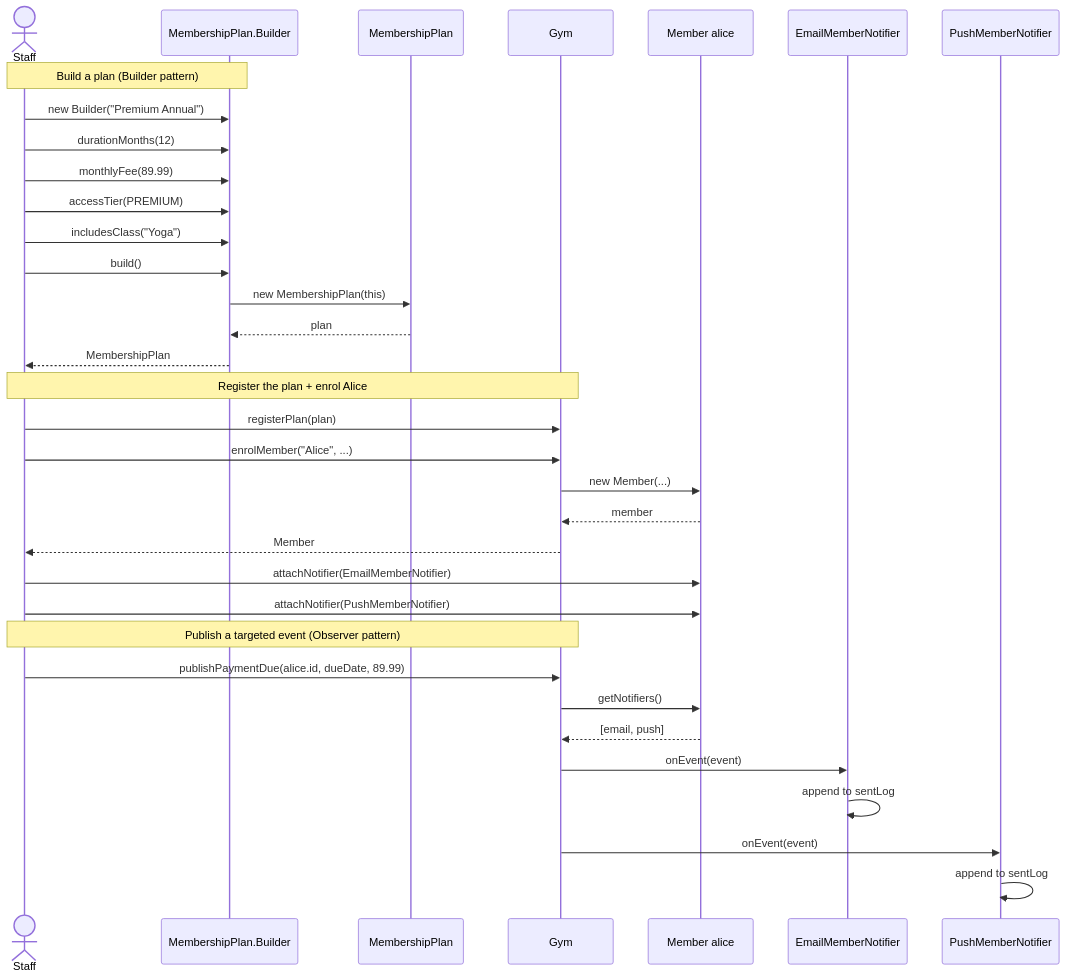
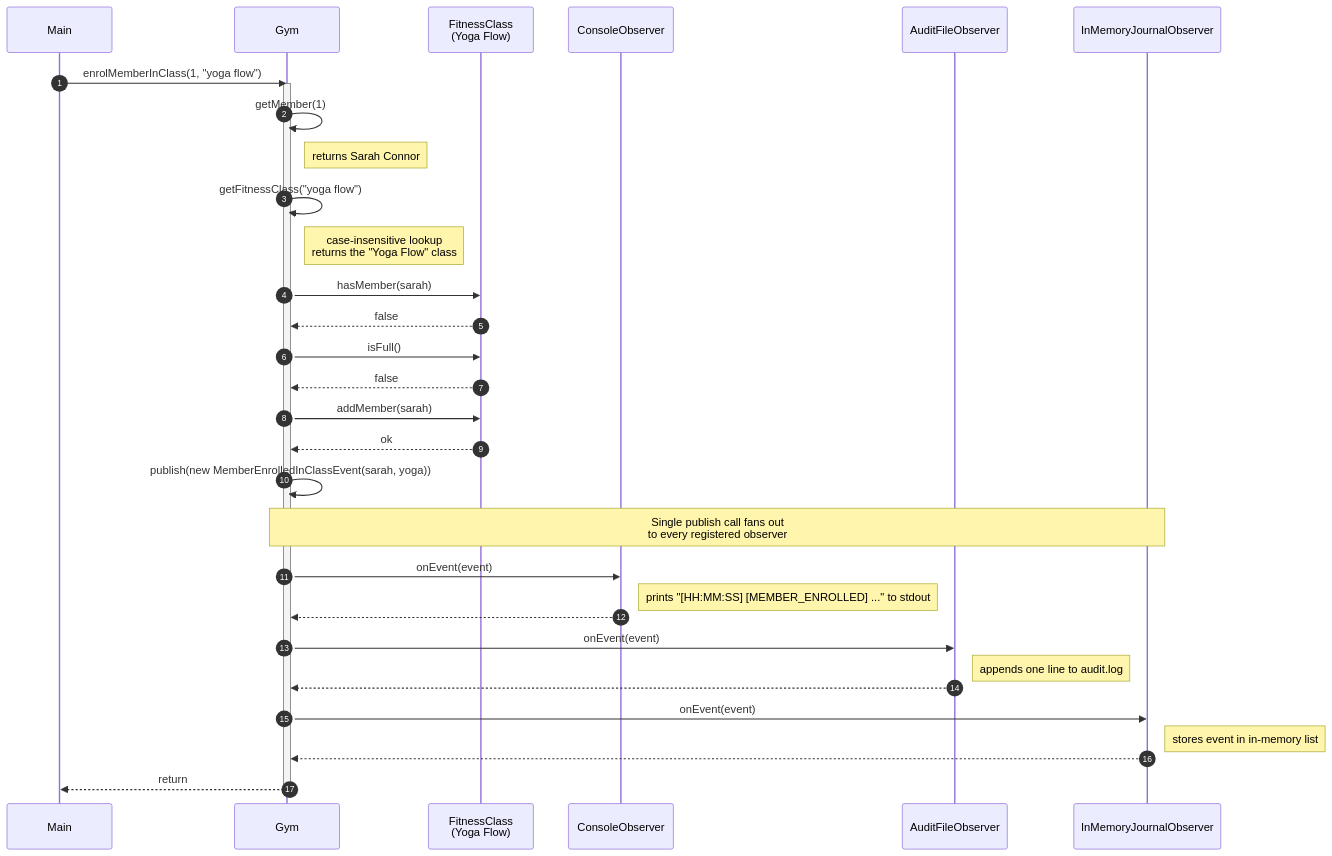
One commit to hoop-ai/gym-membership-management-system changed the diagram in docs/uml/sequence/sequence-diagram.md. Above: the diagram before and after it, drawn with Mermaid. The commit also changed other lines of this file and 13 other files, not shown here.

First line of the commit message:
Rewrite docs + presentation for the Builder/Observer focus

````diff
--- a/docs/uml/sequence/sequence-diagram.md
+++ b/docs/uml/sequence/sequence-diagram.md
@@ -7,43 +19,46 @@
 ```mermaid
 sequenceDiagram
-    actor Staff
-    participant Builder as MembershipPlan.Builder
-    participant Plan as MembershipPlan
+    autonumber
+    participant Main
     participant Gym
-    participant Alice as Member alice
-    participant Email as EmailMemberNotifier
-    participant Push as PushMemberNotifier
+    participant Yoga as FitnessClass<br/>(Yoga Flow)
+    participant Console as ConsoleObserver
+    participant Audit as AuditFileObserver
+    participant Journal as InMemoryJournalObserver
 
-    Note over Staff,Builder: Build a plan (Builder pattern)
+    Main->>Gym: enrolMemberInClass(1, "yoga flow")
+    activate Gym
 
-    Staff->>Builder: new Builder("Premium Annual")
-    Staff->>Builder: durationMonths(12)
-    Staff->>Builder: monthlyFee(89.99)
-    Staff->>Builder: accessTier(PREMIUM)
-    Staff->>Builder: includesClass("Yoga")
-    Staff->>Builder: build()
-    Builder->>Plan: new MembershipPlan(this)
-    Plan-->>Builder: plan
-    Builder-->>Staff: MembershipPlan
+    Gym->>Gym: getMember(1)
+    Note right of Gym: returns Sarah Connor
 
-    Note over Staff,Gym: Register the plan + enrol Alice
+    Gym->>Gym: getFitnessClass("yoga flow")
+    Note right of Gym: case-insensitive lookup<br/>returns the "Yoga Flow" class
 
-    Staff->>Gym: registerPlan(plan)
-    Staff->>Gym: enrolMember("Alice", ...)
-    Gym->>Alice: new Member(...)
-    Alice-->>Gym: member
-    Gym-->>Staff: Member
+    Gym->>Yoga: hasMember(sarah)
+    Yoga-->>Gym: false
 
-    Staff->>Alice: attachNotifier(EmailMemberNotifier)
-    Staff->>Alice: attachNotifier(PushMemberNotifier)
+    Gym->>Yoga: isFull()
+    Yoga-->>Gym: false
 
-    Note over Staff,Gym: Publish a targeted event (Observer pattern)
+    Gym->>Yoga: addMember(sarah)
+    Yoga-->>Gym: ok
 
-    Staff->>Gym: publishPaymentDue(alice.id, dueDate, 89.99)
-    Gym->>Alice: getNotifiers()
-    Alice-->>Gym: [email, push]
-    Gym->>Email: onEvent(event)
-    Email->>Email: append to sentLog
-    Gym->>Push: onEvent(event)
-    Push->>Push: append to sentLog
+    Gym->>Gym: publish(new MemberEnrolledInClassEvent(sarah, yoga))
+    Note over Gym,Journal: Single publish call fans out<br/>to every registered observer
+
+    Gym->>Console: onEvent(event)
+    Note right of Console: prints "[HH:MM:SS] [MEMBER_ENROLLED] ..." to stdout
+    Console-->>Gym: 
+
+    Gym->>Audit: onEvent(event)
+    Note right of Audit: appends one line to audit.log
+    Audit-->>Gym: 
+
+    Gym->>Journal: onEvent(event)
+    Note right of Journal: stores event in in-memory list
+    Journal-->>Gym: 
+
+    Gym-->>Main: return
+    deactivate Gym
 ```
````
